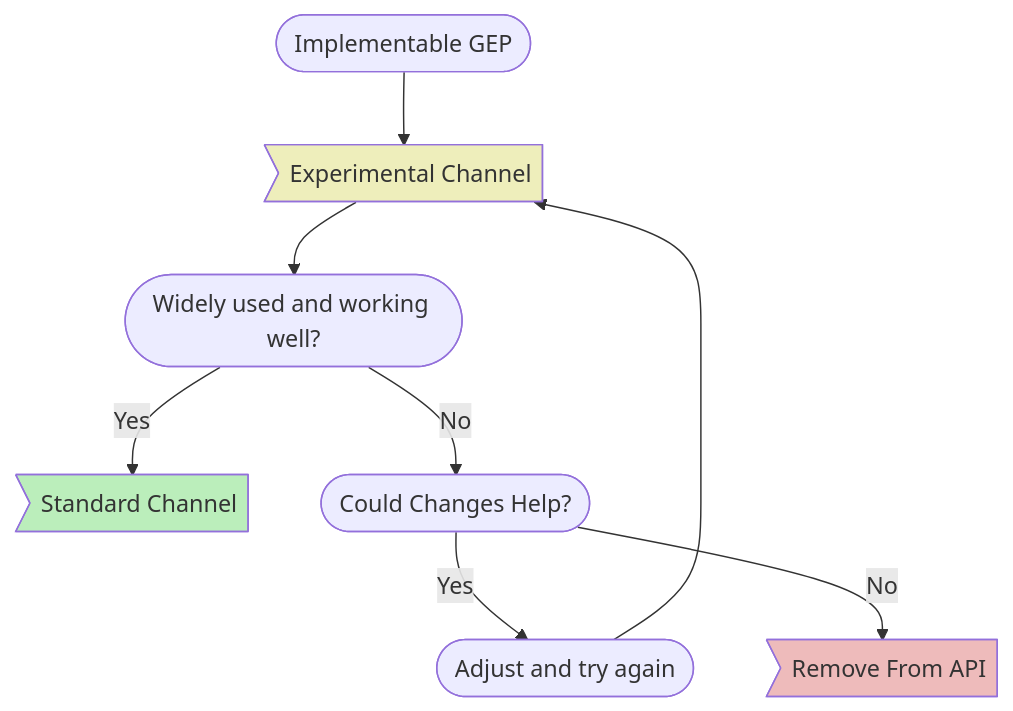
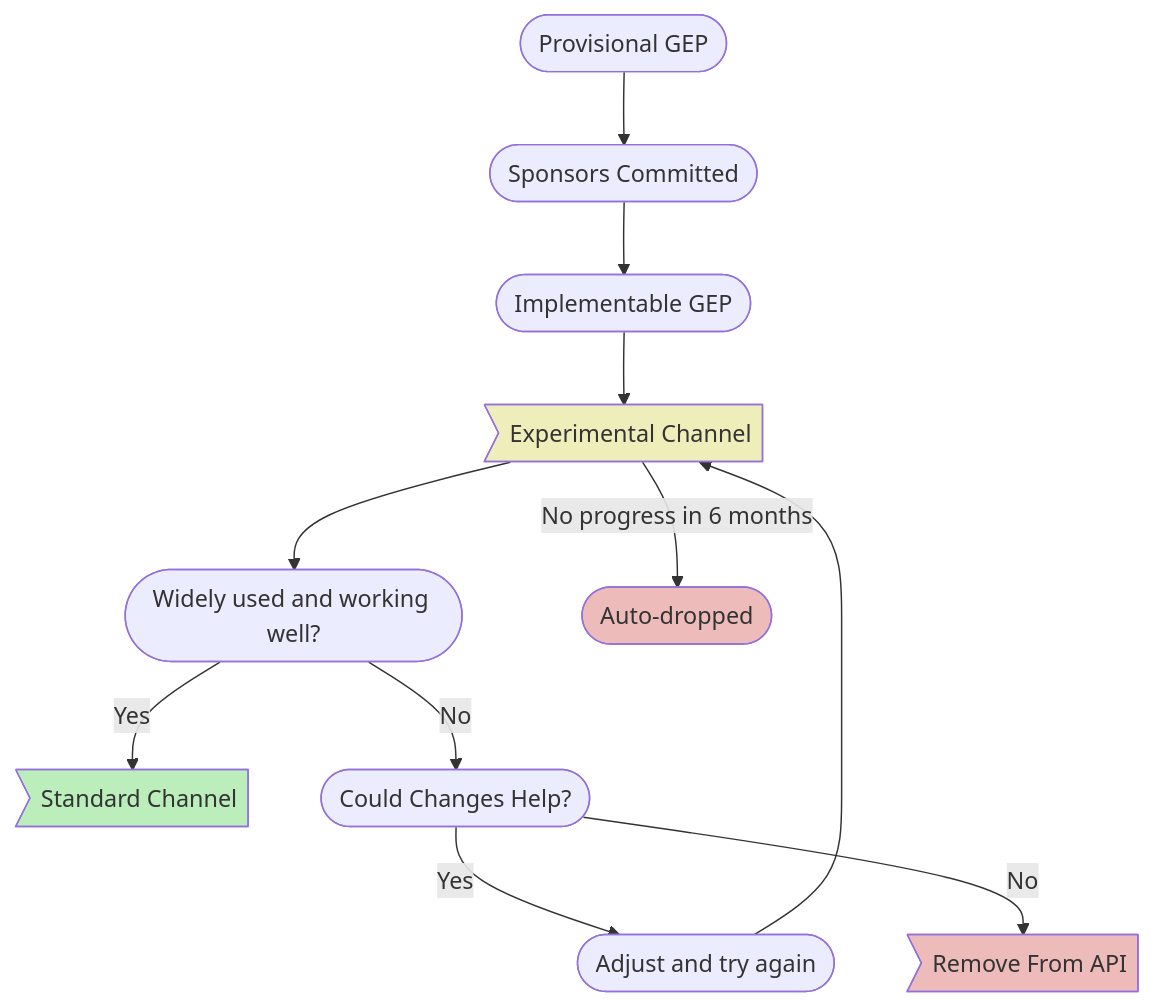
Before and after one commit to kubernetes-sigs/gateway-api: the diagram in site-src/concepts/versioning.md, drawn with Mermaid. The commit also changed other lines of this file, not shown here.

````diff
--- a/site-src/concepts/versioning.md
+++ b/site-src/concepts/versioning.md
@@ -21,14 +21,18 @@
 ```mermaid
 flowchart TD
-    0([Implementable GEP]) --> A
+    0([Provisional GEP]) --> 1([Sponsors Committed])
+    1 --> 2([Implementable GEP])
+    2 --> A
     A>Experimental Channel] --> B([Widely used and working well?])
     B -->|Yes| C>Standard Channel]
     B -->|No| D([Could Changes Help?])
     D -->|Yes| E([Adjust and try again])
     D -->|No| F>Remove From API]
     E -->A
-
+    A -- No progress in 6 months --> G(["Auto-dropped"])
+    
 style A fill:#eeb
 style C fill:#beb
 style F fill:#ebb
+style G fill:#ebb
 ```
````
